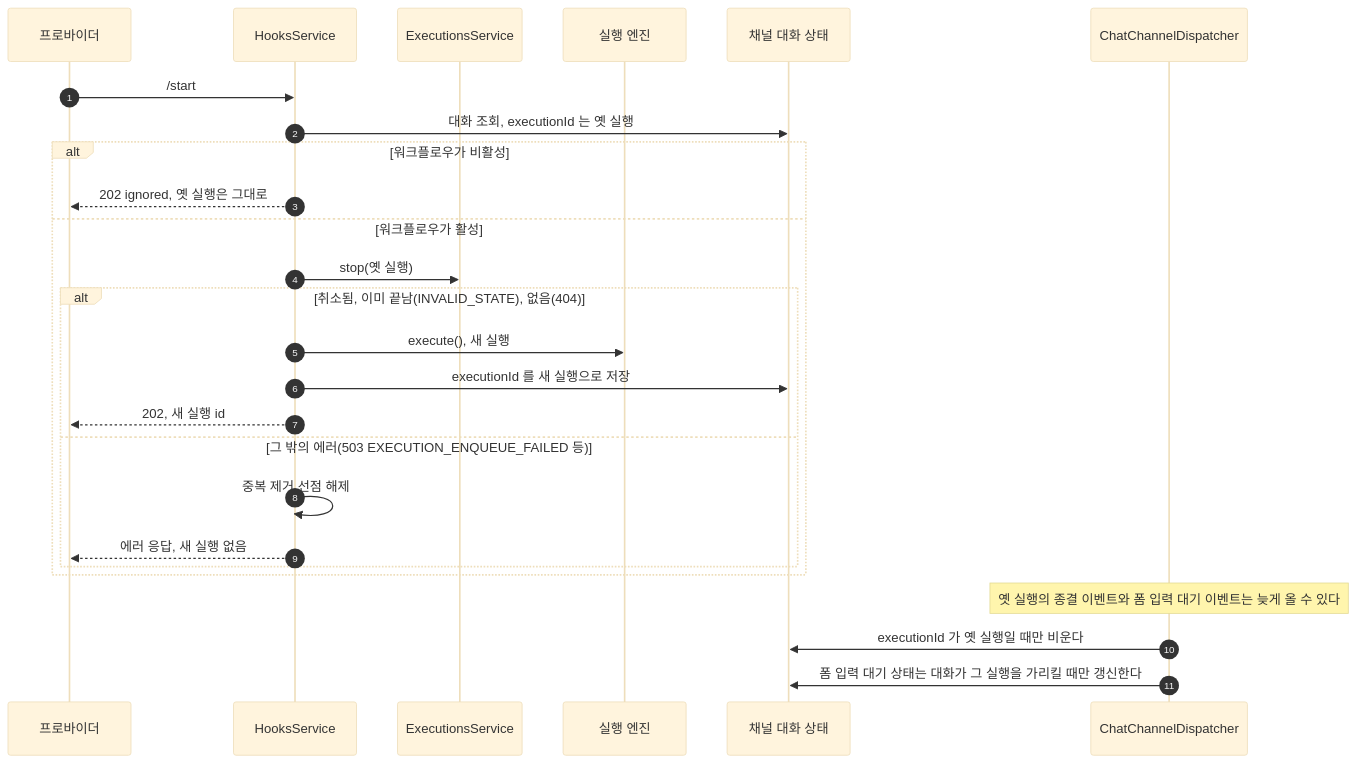
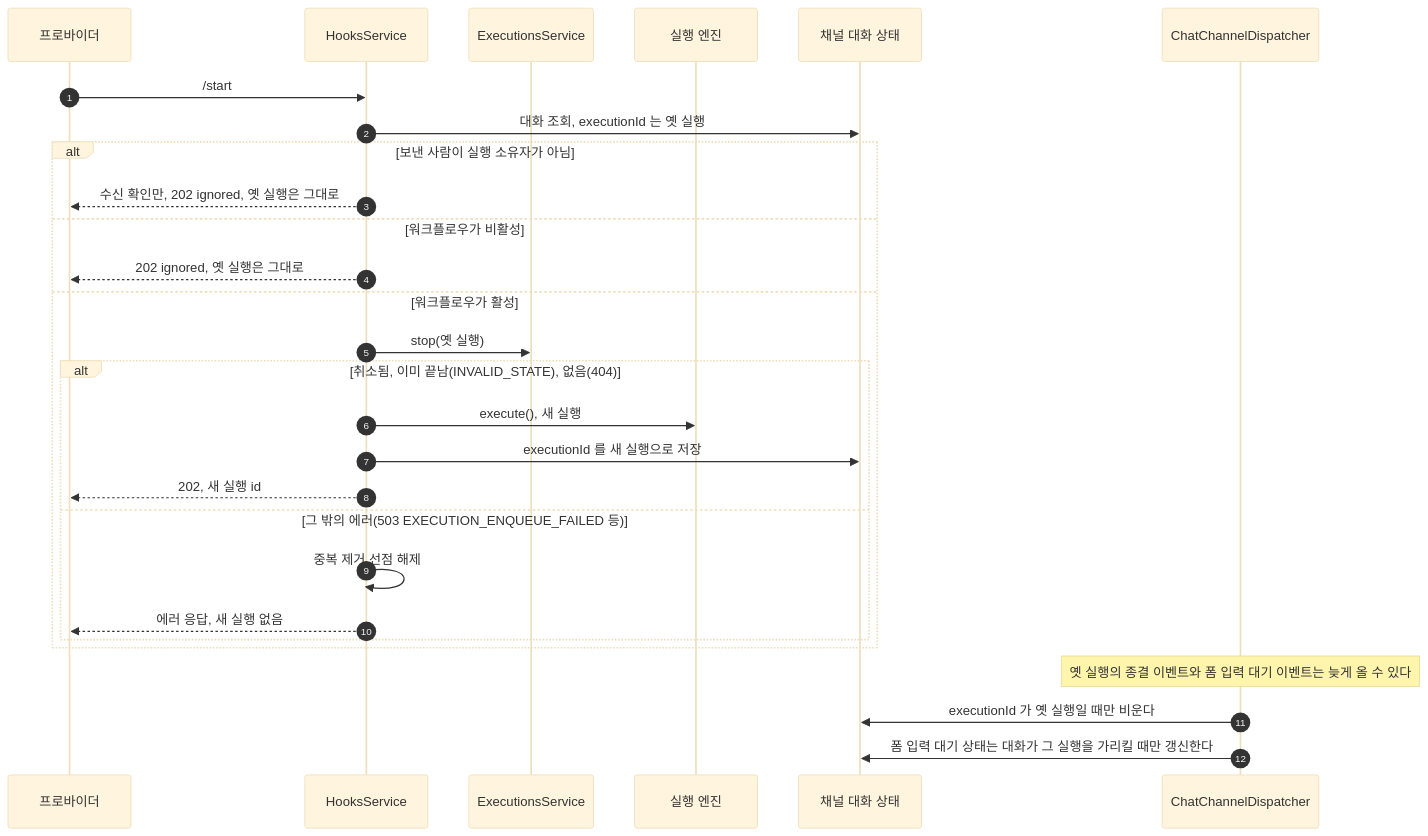
One commit to worker-ants/clemvion changed the second of 2 diagrams in spec/CLE-CHAT/CLE-CHAT-CORE-FLOW.md. Above: the diagram before and after it, drawn with Mermaid (base theme). The commit also changed other lines of this file and 45 other files, not shown here.

````diff
--- a/spec/CLE-CHAT/CLE-CHAT-CORE-FLOW.md
+++ b/spec/CLE-CHAT/CLE-CHAT-CORE-FLOW.md
@@ -83,28 +85,30 @@
 ```mermaid
 sequenceDiagram
   autonumber
   participant P as 프로바이더
   participant H as HooksService
   participant X as ExecutionsService
   participant E as 실행 엔진
   participant C as 채널 대화 상태
   participant D as ChatChannelDispatcher
   P->>H: /start
   H->>C: 대화 조회, executionId 는 옛 실행
-  alt 워크플로우가 비활성
+  alt 보낸 사람이 실행 소유자가 아님
+    H-->>P: 수신 확인만, 202 ignored, 옛 실행은 그대로
+  else 워크플로우가 비활성
     H-->>P: 202 ignored, 옛 실행은 그대로
   else 워크플로우가 활성
     H->>X: stop(옛 실행)
     alt 취소됨, 이미 끝남(INVALID_STATE), 없음(404)
       H->>E: execute(), 새 실행
       H->>C: executionId 를 새 실행으로 저장
       H-->>P: 202, 새 실행 id
     else 그 밖의 에러(503 EXECUTION_ENQUEUE_FAILED 등)
       H->>H: 중복 제거 선점 해제
       H-->>P: 에러 응답, 새 실행 없음
     end
   end
   Note over D: 옛 실행의 종결 이벤트와 폼 입력 대기 이벤트는 늦게 올 수 있다
   D->>C: executionId 가 옛 실행일 때만 비운다
   D->>C: 폼 입력 대기 상태는 대화가 그 실행을 가리킬 때만 갱신한다
 ```
````
